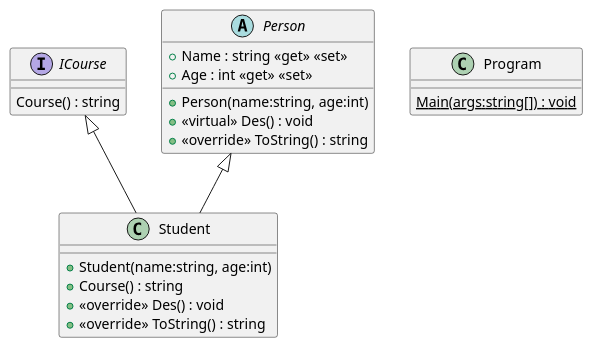
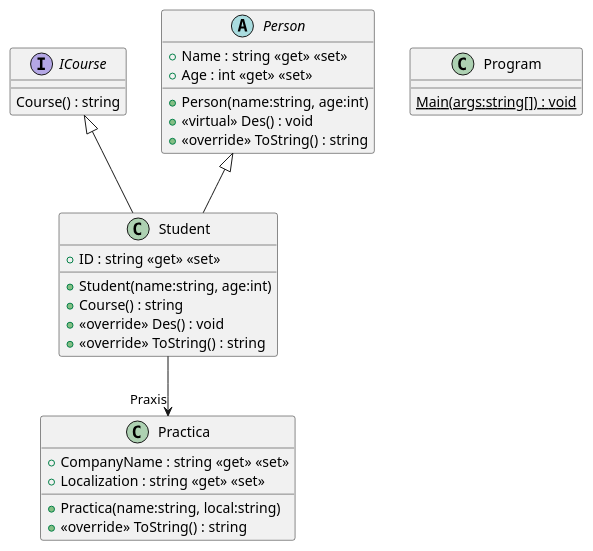
Before and after one commit to mmachel/Basics: the diagram in TestUML/include.puml, drawn with PlantUML.

Commit message:
Add new version of plantUML file

```diff
--- a/TestUML/include.puml
+++ b/TestUML/include.puml
@@ -1,23 +1,31 @@
 @startuml
 interface ICourse {
     Course() : string
 }
 abstract class Person {
     + Name : string <<get>> <<set>>
     + Age : int <<get>> <<set>>
     + Person(name:string, age:int)
     + <<virtual>> Des() : void
     + <<override>> ToString() : string
 }
+class Practica {
+    + CompanyName : string <<get>> <<set>>
+    + Localization : string <<get>> <<set>>
+    + Practica(name:string, local:string)
+    + <<override>> ToString() : string
+}
 class Student {
+    + ID : string <<get>> <<set>>
     + Student(name:string, age:int)
     + Course() : string
     + <<override>> Des() : void
     + <<override>> ToString() : string
 }
 class Program {
     {static} Main(args:string[]) : void
 }
 Person <|-- Student
 ICourse <|-- Student
+Student --> "Praxis" Practica
 @enduml
```
